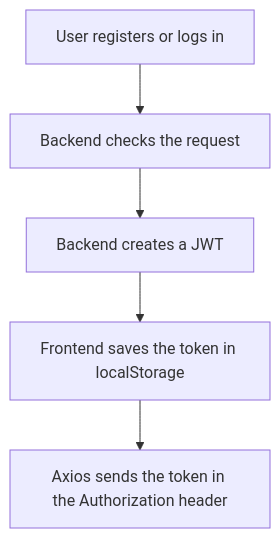
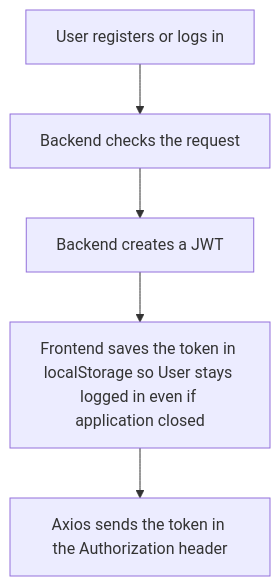
One commit to PriyanArora/D3Careers changed the fourth of 7 diagrams in README.md. Above: the diagram before and after it, drawn with Mermaid. The commit also changed other lines of this file, not shown here.

Commit message:
Update README for token persistence details
Clarified token persistence explanation in README.

````diff
--- a/README.md
+++ b/README.md
@@ -201,8 +201,8 @@
 ```mermaid
 flowchart TD
     A[User registers or logs in]
     A --> B[Backend checks the request]
     B --> C[Backend creates a JWT]
-    C --> D[Frontend saves the token in localStorage]
+    C --> D[Frontend saves the token in localStorage so User stays logged in even if application closed]
     D --> E[Axios sends the token in the Authorization header]
 ```
````
